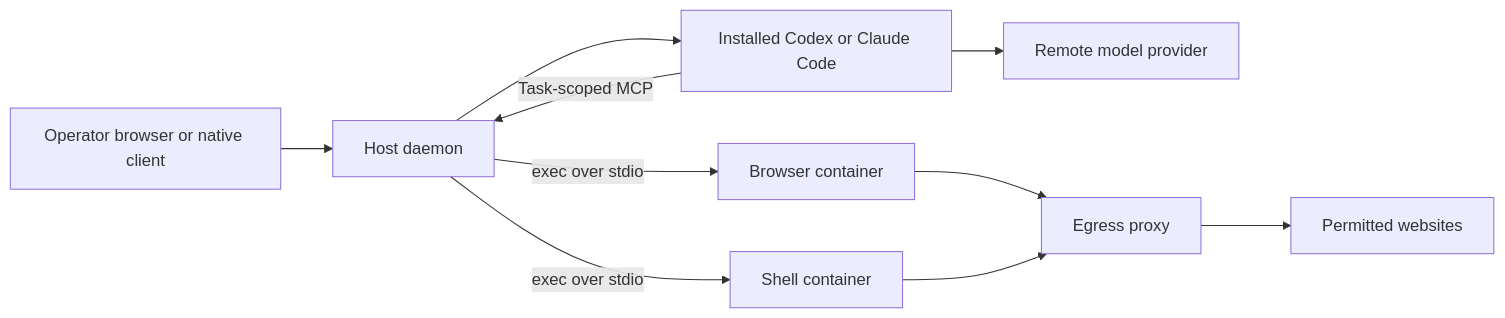
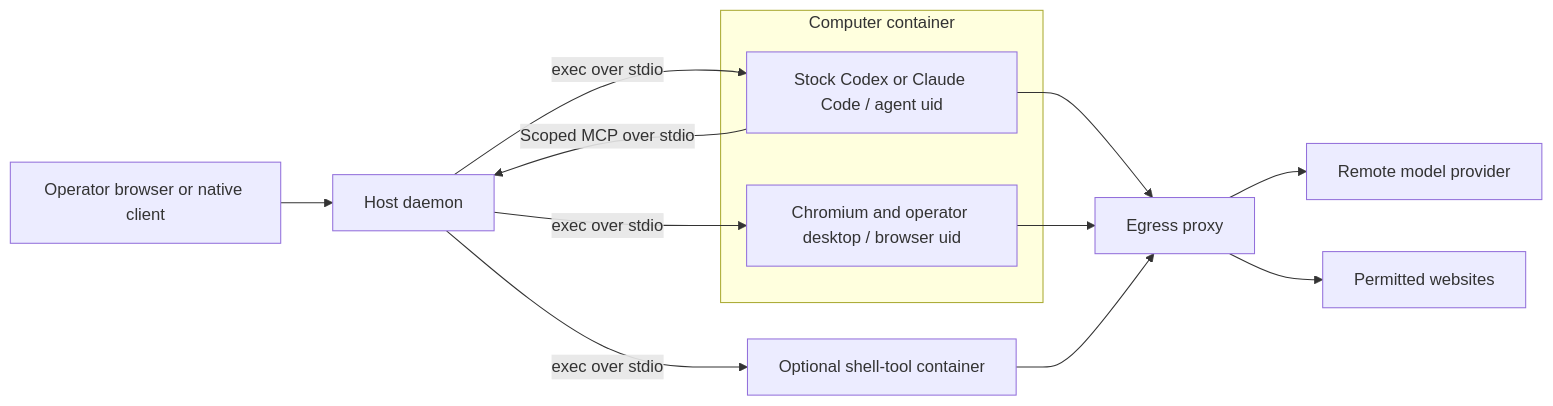
The diagram in docs/ARCHITECTURE.md (sanjaygbhat/bothearth), drawn with Mermaid before and after one commit. The commit also changed other lines of this file and 191 other files, not shown here.

````diff
--- a/docs/ARCHITECTURE.md
+++ b/docs/ARCHITECTURE.md
@@ -7,12 +7,17 @@
 ```mermaid
 flowchart LR
   UI[Operator browser or native client] --> Daemon[Host daemon]
-  Daemon --> Harness[Installed Codex or Claude Code]
-  Harness --> Model[Remote model provider]
-  Harness -->|Task-scoped MCP| Daemon
-  Daemon -->|exec over stdio| Browser[Browser container]
-  Daemon -->|exec over stdio| Shell[Shell container]
-  Browser --> Proxy[Egress proxy]
+  subgraph Computer[Computer container]
+    Harness[Stock Codex or Claude Code / agent uid]
+    Browser[Chromium and operator desktop / browser uid]
+  end
+  Daemon -->|exec over stdio| Harness
+  Harness -->|Scoped MCP over stdio| Daemon
+  Daemon -->|exec over stdio| Browser
+  Daemon -->|exec over stdio| Shell[Optional shell-tool container]
+  Harness --> Proxy[Egress proxy]
+  Browser --> Proxy
   Shell --> Proxy
+  Proxy --> Model[Remote model provider]
   Proxy --> Sites[Permitted websites]
 ```
````
